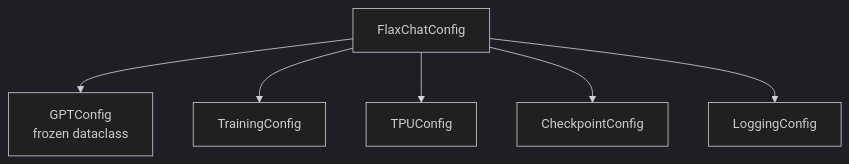
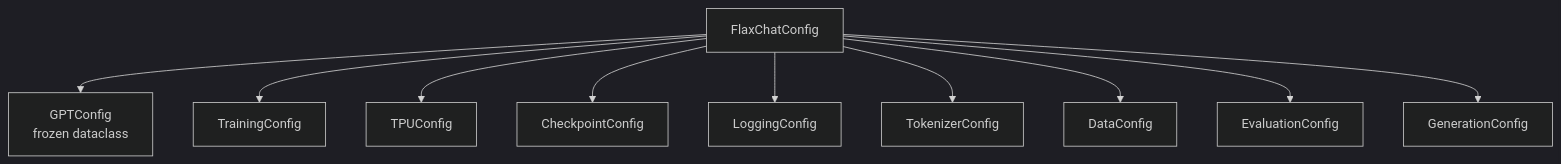
The diagram in docs/config.md (mlnomadpy/flaxchat), drawn with Mermaid (dark theme) before and after one commit. The commit also changed other lines of this file and 3 other files, not shown here.

````diff
--- a/docs/config.md
+++ b/docs/config.md
@@ -11,8 +11,12 @@
 ```mermaid
 graph TD
     FC[FlaxChatConfig] --> MC[GPTConfig<br/>frozen dataclass]
     FC --> TC[TrainingConfig]
     FC --> TPUC[TPUConfig]
     FC --> CC[CheckpointConfig]
     FC --> LC[LoggingConfig]
+    FC --> TOK[TokenizerConfig]
+    FC --> DATA[DataConfig]
+    FC --> EVAL[EvaluationConfig]
+    FC --> GEN[GenerationConfig]
 ```
````
